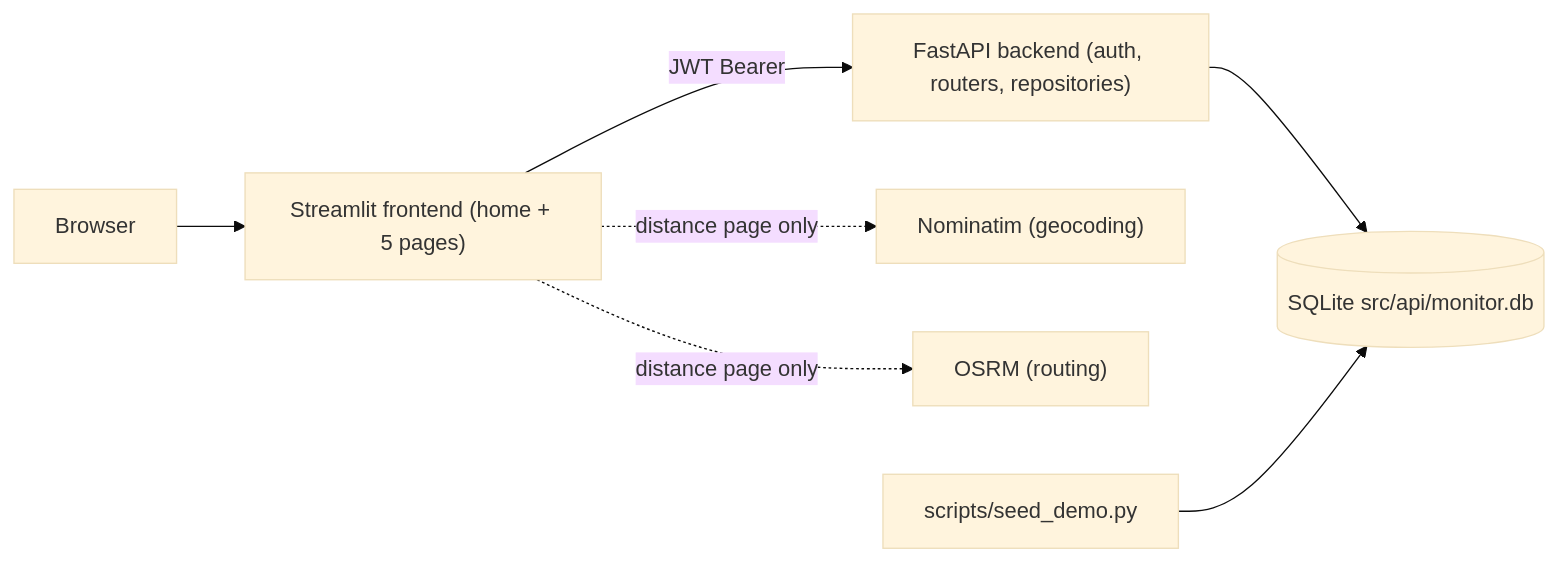
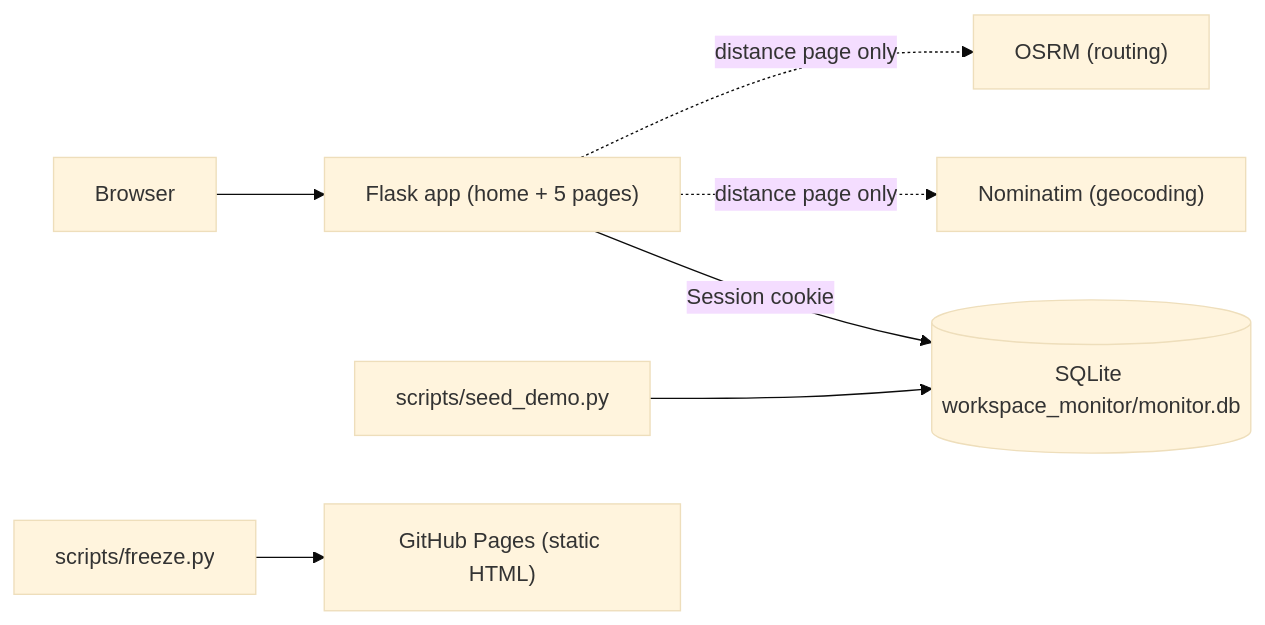
Before and after one commit to enonymous1/workspace-monitor: the diagram in README.md, drawn with Mermaid (base theme). The commit also changed other lines of this file and 70 other files, not shown here.

Commit message:
v3.0.0: Flask + Jinja2 rebuild (supersedes FastAPI + Streamlit)

````diff
--- a/README.md
+++ b/README.md
@@ -100,9 +96,9 @@
 ```mermaid
 flowchart LR
-    Browser --> Streamlit["Streamlit frontend (home + 5 pages)"]
-    Streamlit -->|JWT Bearer| API["FastAPI backend (auth, routers, repositories)"]
-    API --> SQLite[(SQLite src/api/monitor.db)]
-    Streamlit -.->|distance page only| Nominatim["Nominatim (geocoding)"]
-    Streamlit -.->|distance page only| OSRM["OSRM (routing)"]
+    Browser --> Flask["Flask app (home + 5 pages)"]
+    Flask -->|Session cookie| SQLite[(SQLite workspace_monitor/monitor.db)]
+    Flask -.->|distance page only| Nominatim["Nominatim (geocoding)"]
+    Flask -.->|distance page only| OSRM["OSRM (routing)"]
     Seed["scripts/seed_demo.py"] --> SQLite
+    Freeze["scripts/freeze.py"] --> Pages["GitHub Pages (static HTML)"]
 ```
````
